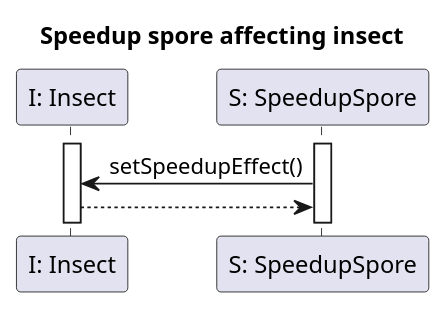
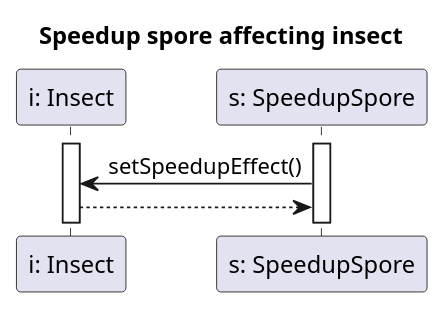
Before and after one commit to Klastiv/Projlab_nullpointerexception: the diagram in diagrams/diagramFiles/SQ_SporeAffectsInsectWithSpeedup.puml, drawn with PlantUML. The commit also changed 17 other files, not shown here.

Commit message:
SQ diagrams all small letterts and made fine

```diff
--- a/diagrams/diagramFiles/SQ_SporeAffectsInsectWithSpeedup.puml
+++ b/diagrams/diagramFiles/SQ_SporeAffectsInsectWithSpeedup.puml
@@ -1,14 +1,14 @@
 @startuml InsectSpeedUp
 
 title Speedup spore affecting insect
 
-participant "I: Insect" as I
-participant "S: SpeedupSpore" as Sp
+participant "i: Insect" as I
+participant "s: SpeedupSpore" as Sp
 
 activate I
 activate Sp
 
 Sp -> I : setSpeedupEffect()
 I --> Sp
 
 @enduml
```
